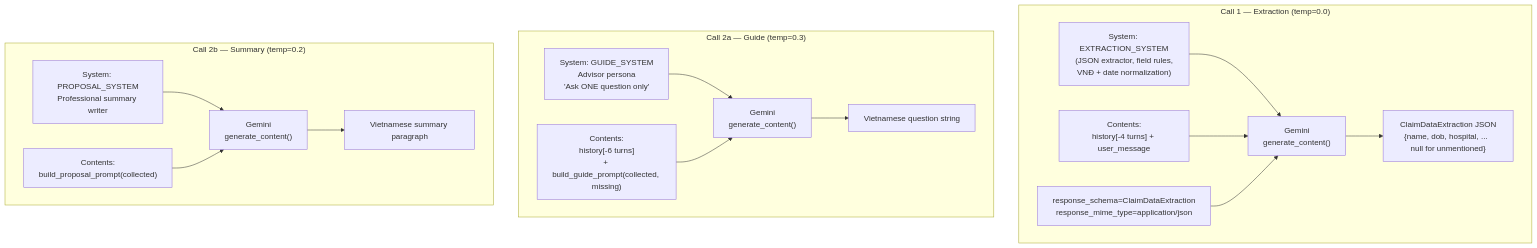
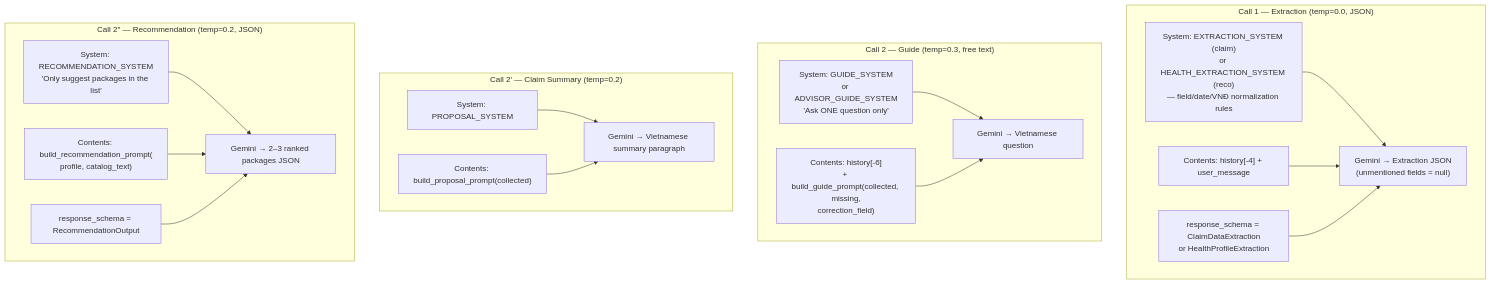
One commit to nguyenduy-math/agentichouse changed the sixth of 6 diagrams in labs/healthcare-assistant/HLD.md. Above: the diagram before and after it, drawn with Mermaid. The commit also changed other lines of this file and 2 other files, not shown here.

````diff
--- a/labs/healthcare-assistant/HLD.md
+++ b/labs/healthcare-assistant/HLD.md
@@ -208,24 +252,28 @@
 ```mermaid
 graph TD
-    subgraph "Call 1 — Extraction  (temp=0.0)"
-        ES2["System: EXTRACTION_SYSTEM\n(JSON extractor, field rules,\nVNĐ + date normalization)"]
-        EC["Contents:\nhistory[-4 turns] + user_message"]
-        SCHEMA["response_schema=ClaimDataExtraction\nresponse_mime_type=application/json"]
-        ES2 & EC & SCHEMA --> GC1["Gemini\ngenerate_content()"]
-        GC1 --> OUT1["ClaimDataExtraction JSON\n{name, dob, hospital, ...  null for unmentioned}"]
+    subgraph "Call 1 — Extraction (temp=0.0, JSON)"
+        E1["System: EXTRACTION_SYSTEM (claim)\nor HEALTH_EXTRACTION_SYSTEM (reco)\n— field/date/VNĐ normalization rules"]
+        E2["Contents: history[-4] + user_message"]
+        E3["response_schema = ClaimDataExtraction\nor HealthProfileExtraction"]
+        E1 & E2 & E3 --> EC["Gemini → Extraction JSON\n(unmentioned fields = null)"]
     end
 
-    subgraph "Call 2a — Guide  (temp=0.3)"
-        GS3["System: GUIDE_SYSTEM\nAdvisor persona\n'Ask ONE question only'"]
-        GC2["Contents:\nhistory[-6 turns]\n+ build_guide_prompt(collected, missing)"]
-        GS3 & GC2 --> GC3["Gemini\ngenerate_content()"]
-        GC3 --> OUT2["Vietnamese question string"]
+    subgraph "Call 2 — Guide (temp=0.3, free text)"
+        G1["System: GUIDE_SYSTEM\nor ADVISOR_GUIDE_SYSTEM\n'Ask ONE question only'"]
+        G2["Contents: history[-6]\n+ build_guide_prompt(collected, missing,\ncorrection_field)"]
+        G1 & G2 --> GC["Gemini → Vietnamese question"]
     end
 
-    subgraph "Call 2b — Summary  (temp=0.2)"
-        PS2["System: PROPOSAL_SYSTEM\nProfessional summary writer"]
-        PC["Contents:\nbuild_proposal_prompt(collected)"]
-        PS2 & PC --> GC4["Gemini\ngenerate_content()"]
-        GC4 --> OUT3["Vietnamese summary paragraph"]
+    subgraph "Call 2′ — Claim Summary (temp=0.2)"
+        S1["System: PROPOSAL_SYSTEM"]
+        S2["Contents: build_proposal_prompt(collected)"]
+        S1 & S2 --> SC2["Gemini → Vietnamese summary paragraph"]
+    end
+
+    subgraph "Call 2″ — Recommendation (temp=0.2, JSON)"
+        R1["System: RECOMMENDATION_SYSTEM\n'Only suggest packages in the list'"]
+        R2["Contents: build_recommendation_prompt(\nprofile, catalog_text)"]
+        R3["response_schema = RecommendationOutput"]
+        R1 & R2 & R3 --> RC2["Gemini → 2–3 ranked packages JSON"]
     end
 ```
````
